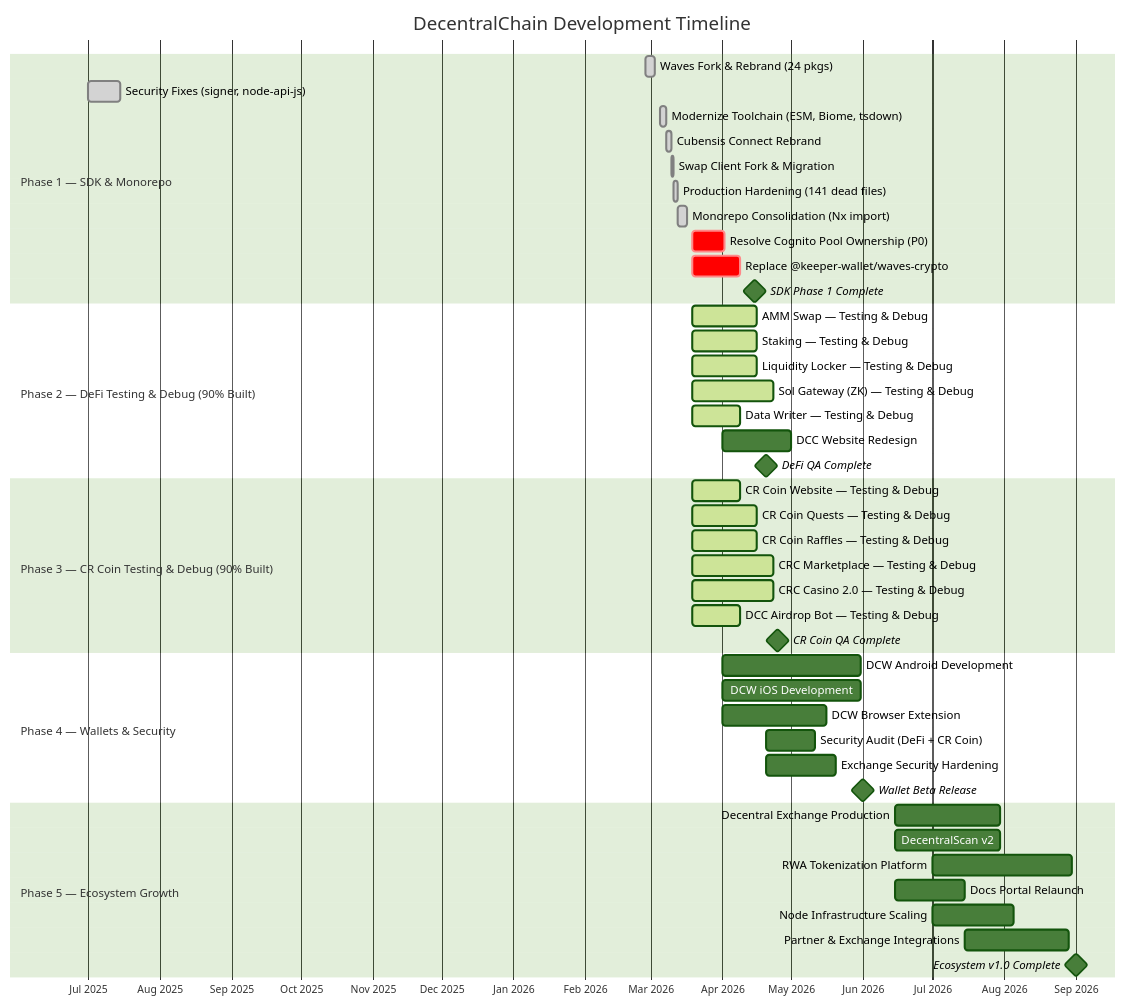
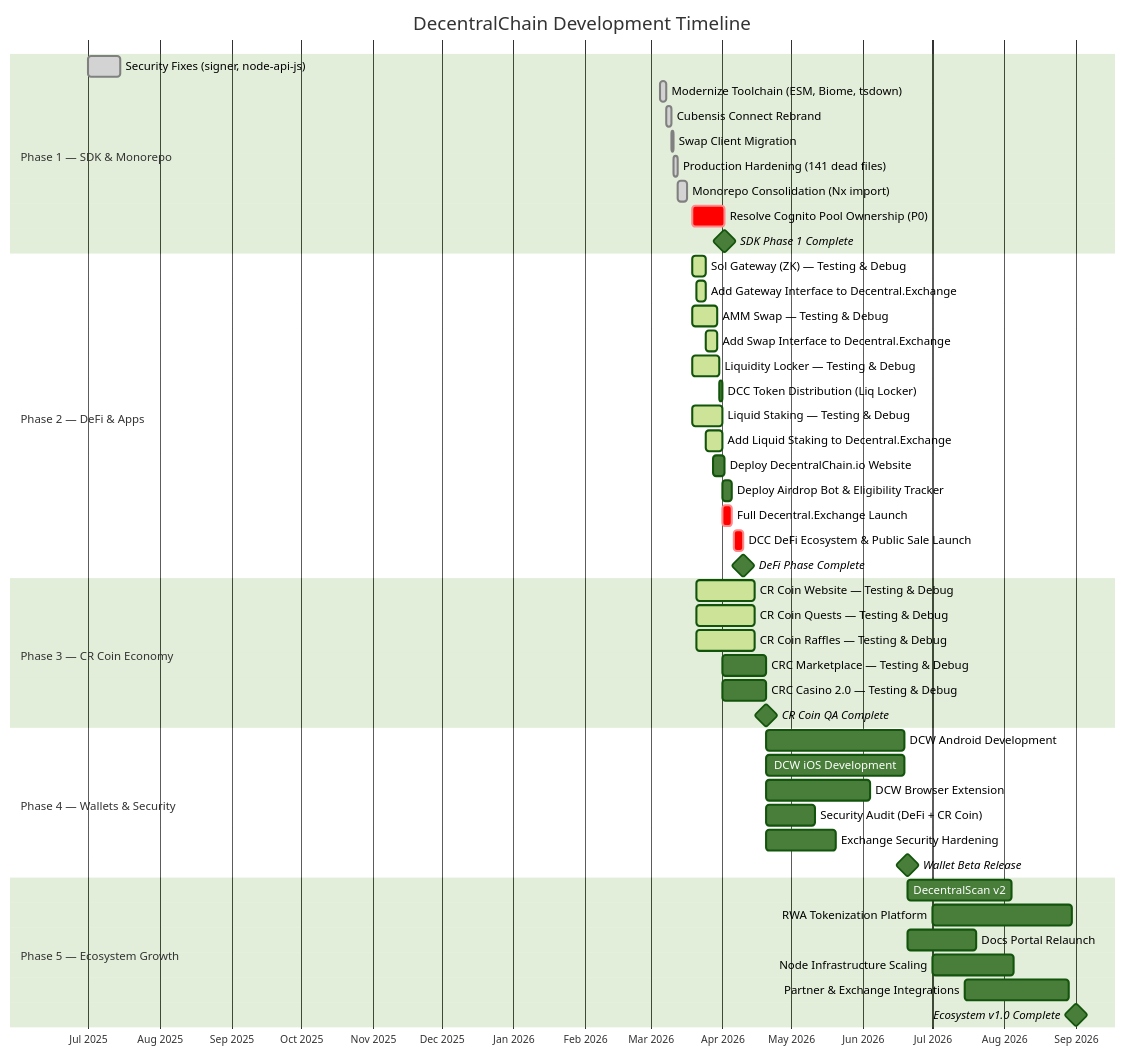
Before and after one commit to 33imattei33/roadmap-project: the third of 11 diagrams in ROADMAP.md, drawn with Mermaid (forest theme). The commit also changed other lines of this file, not shown here.

First line of the commit message:
docs: rewrite roadmap with Phase 2/3 deadlines and remove upstream references

````diff
--- a/ROADMAP.md
+++ b/ROADMAP.md
@@ -108,54 +109,56 @@
 ```mermaid
 gantt
     title DecentralChain Development Timeline
     dateFormat  YYYY-MM-DD
     axisFormat  %b %Y
     todayMarker stroke-width:3px,stroke:#ff0000
 
     section Phase 1 — SDK & Monorepo
-    Waves Fork & Rebrand (24 pkgs)         :done, a1, 2026-02-27, 4d
     Security Fixes (signer, node-api-js)   :done, a2, 2025-07-01, 14d
     Modernize Toolchain (ESM, Biome, tsdown) :done, a3, 2026-03-05, 3d
     Cubensis Connect Rebrand               :done, a4, 2026-03-08, 2d
-    Swap Client Fork & Migration           :done, a5, 2026-03-10, 1d
-    Production Hardening (141 dead files)   :done, a6, 2026-03-11, 2d
+    Swap Client Migration                  :done, a5, 2026-03-10, 1d
+    Production Hardening (141 dead files)  :done, a6, 2026-03-11, 2d
     Monorepo Consolidation (Nx import)     :done, a7, 2026-03-13, 4d
     Resolve Cognito Pool Ownership (P0)    :crit, a8, 2026-03-19, 14d
-    Replace @keeper-wallet/waves-crypto    :crit, a9, 2026-03-19, 21d
-    SDK Phase 1 Complete                   :milestone, m1, 2026-04-15, 0d
+    SDK Phase 1 Complete                   :milestone, m1, 2026-04-02, 0d
 
-    section Phase 2 — DeFi Testing & Debug (90% Built)
-    AMM Swap — Testing & Debug             :active, b1, 2026-03-19, 28d
-    Staking — Testing & Debug              :active, b2, 2026-03-19, 28d
-    Liquidity Locker — Testing & Debug     :active, b3, 2026-03-19, 28d
-    Sol Gateway (ZK) — Testing & Debug     :active, b4, 2026-03-19, 35d
-    Data Writer — Testing & Debug          :active, b5, 2026-03-19, 21d
-    DCC Website Redesign                   :b6, 2026-04-01, 30d
-    DeFi QA Complete                       :milestone, m2, 2026-04-20, 0d
+    section Phase 2 — DeFi & Apps
+    Sol Gateway (ZK) — Testing & Debug     :active, b1, 2026-03-19, 6d
+    Add Gateway Interface to Decentral.Exchange :active, b1b, 2026-03-21, 4d
+    AMM Swap — Testing & Debug             :active, b2, 2026-03-19, 11d
+    Add Swap Interface to Decentral.Exchange :active, b2b, 2026-03-25, 5d
+    Liquidity Locker — Testing & Debug     :active, b3, 2026-03-19, 12d
+    DCC Token Distribution (Liq Locker)    :b3b, 2026-03-31, 1d
+    Liquid Staking — Testing & Debug       :active, b4, 2026-03-19, 13d
+    Add Liquid Staking to Decentral.Exchange :active, b4b, 2026-03-25, 7d
+    Deploy DecentralChain.io Website       :b5, 2026-03-28, 5d
+    Deploy Airdrop Bot & Eligibility Tracker :b6, 2026-04-01, 4d
+    Full Decentral.Exchange Launch         :crit, b7, 2026-04-01, 4d
+    DCC DeFi Ecosystem & Public Sale Launch :crit, b8, 2026-04-06, 4d
+    DeFi Phase Complete                    :milestone, m2, 2026-04-10, 0d
 
-    section Phase 3 — CR Coin Testing & Debug (90% Built)
-    CR Coin Website — Testing & Debug      :active, c1, 2026-03-19, 21d
-    CR Coin Quests — Testing & Debug       :active, c2, 2026-03-19, 28d
-    CR Coin Raffles — Testing & Debug      :active, c3, 2026-03-19, 28d
-    CRC Marketplace — Testing & Debug      :active, c4, 2026-03-19, 35d
-    CRC Casino 2.0 — Testing & Debug       :active, c5, 2026-03-19, 35d
-    DCC Airdrop Bot — Testing & Debug      :active, c6, 2026-03-19, 21d
-    CR Coin QA Complete                    :milestone, m3, 2026-04-25, 0d
+    section Phase 3 — CR Coin Economy
+    CR Coin Website — Testing & Debug      :active, c1, 2026-03-21, 25d
+    CR Coin Quests — Testing & Debug       :active, c2, 2026-03-21, 25d
+    CR Coin Raffles — Testing & Debug      :active, c3, 2026-03-21, 25d
+    CRC Marketplace — Testing & Debug      :c4, 2026-04-01, 19d
+    CRC Casino 2.0 — Testing & Debug       :c5, 2026-04-01, 19d
+    CR Coin QA Complete                    :milestone, m3, 2026-04-20, 0d
 
     section Phase 4 — Wallets & Security
-    DCW Android Development                :d1, 2026-04-01, 60d
-    DCW iOS Development                    :d2, 2026-04-01, 60d
-    DCW Browser Extension                  :d3, 2026-04-01, 45d
+    DCW Android Development                :d1, 2026-04-20, 60d
+    DCW iOS Development                    :d2, 2026-04-20, 60d
+    DCW Browser Extension                  :d3, 2026-04-20, 45d
     Security Audit (DeFi + CR Coin)        :d4, 2026-04-20, 21d
     Exchange Security Hardening            :d5, 2026-04-20, 30d
-    Wallet Beta Release                    :milestone, m4, 2026-06-01, 0d
+    Wallet Beta Release                    :milestone, m4, 2026-06-20, 0d
 
     section Phase 5 — Ecosystem Growth
-    Decentral Exchange Production          :e1, 2026-06-15, 45d
-    DecentralScan v2                       :e2, 2026-06-15, 45d
+    DecentralScan v2                       :e2, 2026-06-20, 45d
     RWA Tokenization Platform              :e3, 2026-07-01, 60d
-    Docs Portal Relaunch                   :e4, 2026-06-15, 30d
+    Docs Portal Relaunch                   :e4, 2026-06-20, 30d
     Node Infrastructure Scaling            :e5, 2026-07-01, 35d
     Partner & Exchange Integrations        :e6, 2026-07-15, 45d
     Ecosystem v1.0 Complete                :milestone, m5, 2026-09-01, 0d
 ```
````
